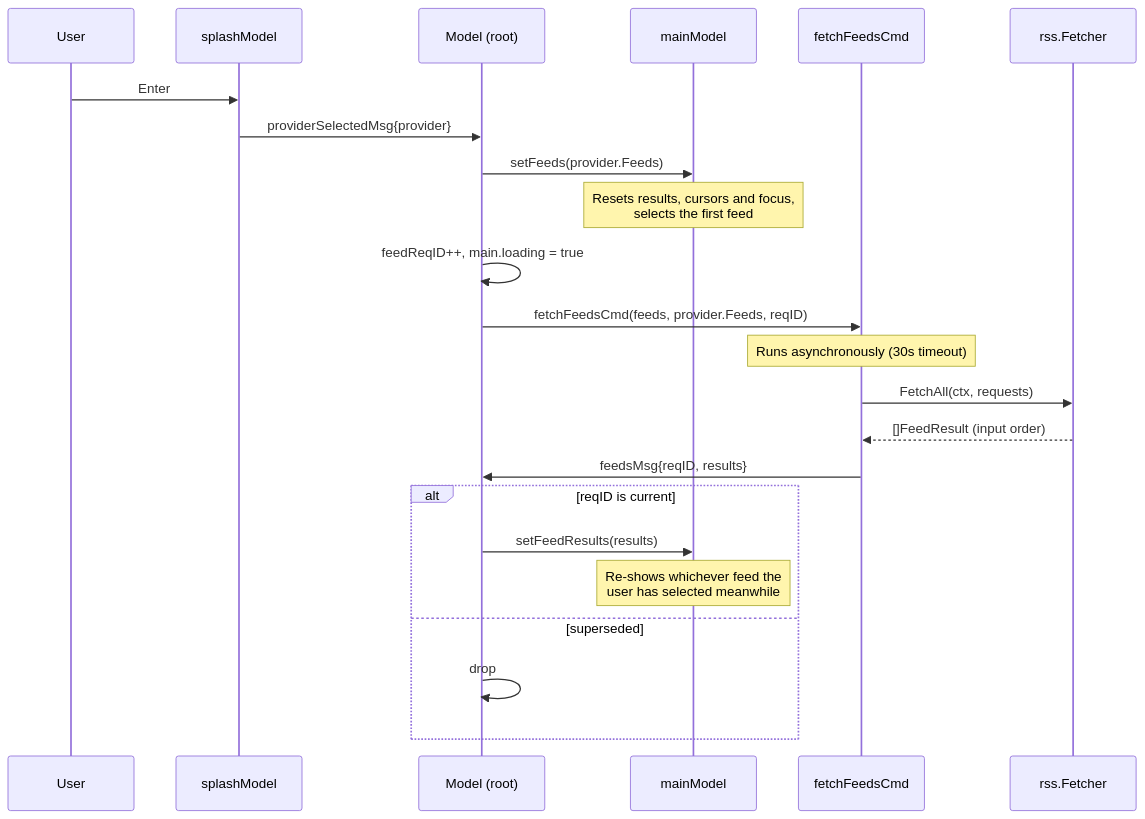
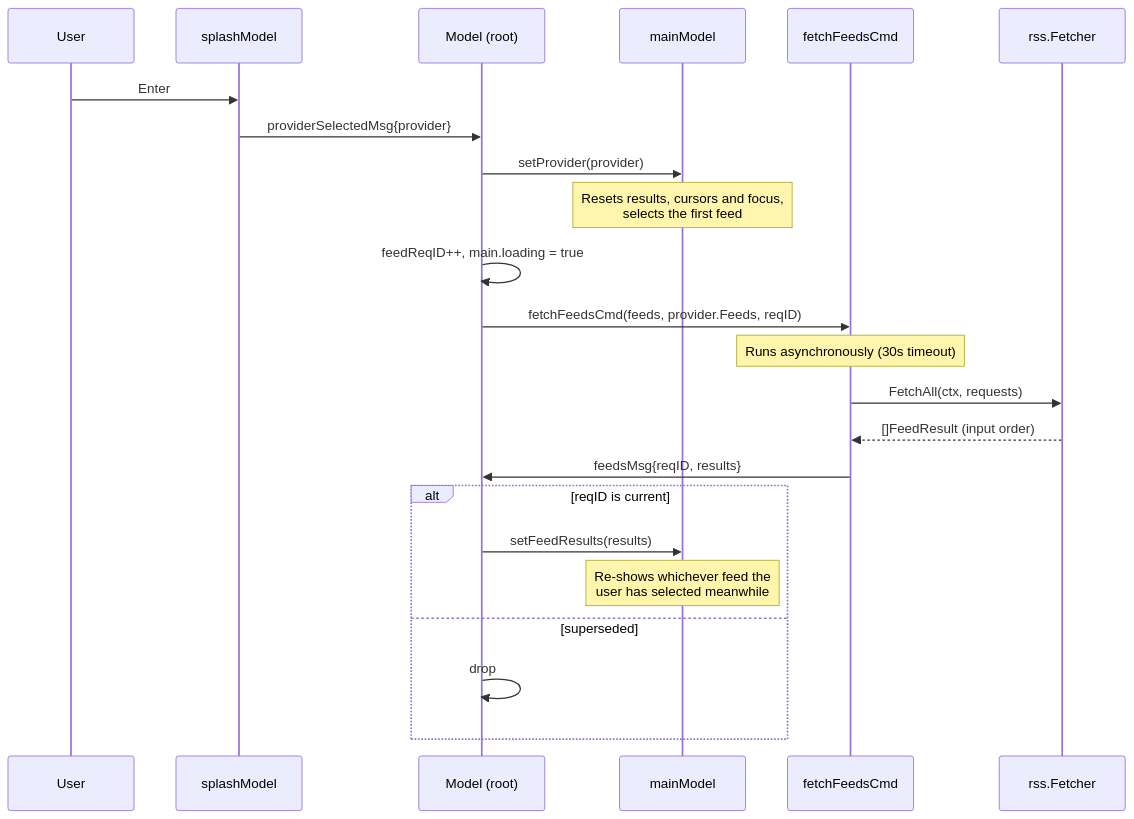
One commit to kralkapoor/knews changed the fourth of 8 diagrams in ARCHITECTURE.md. Above: the diagram before and after it, drawn with Mermaid. The commit also changed other lines of this file and 15 other files, not shown here.

````diff
--- a/ARCHITECTURE.md
+++ b/ARCHITECTURE.md
@@ -225,26 +226,26 @@
 ```mermaid
 sequenceDiagram
     participant User
     participant Splash as splashModel
     participant Root as Model (root)
     participant Main as mainModel
     participant Cmd as fetchFeedsCmd
     participant Fetcher as rss.Fetcher
 
     User->>Splash: Enter
     Splash->>Root: providerSelectedMsg{provider}
-    Root->>Main: setFeeds(provider.Feeds)
+    Root->>Main: setProvider(provider)
     Note over Main: Resets results, cursors and focus,<br/>selects the first feed
     Root->>Root: feedReqID++, main.loading = true
     Root->>Cmd: fetchFeedsCmd(feeds, provider.Feeds, reqID)
     Note over Cmd: Runs asynchronously (30s timeout)
     Cmd->>Fetcher: FetchAll(ctx, requests)
     Fetcher-->>Cmd: []FeedResult (input order)
     Cmd->>Root: feedsMsg{reqID, results}
     alt reqID is current
         Root->>Main: setFeedResults(results)
         Note over Main: Re-shows whichever feed the<br/>user has selected meanwhile
     else superseded
         Root->>Root: drop
     end
 ```
````
